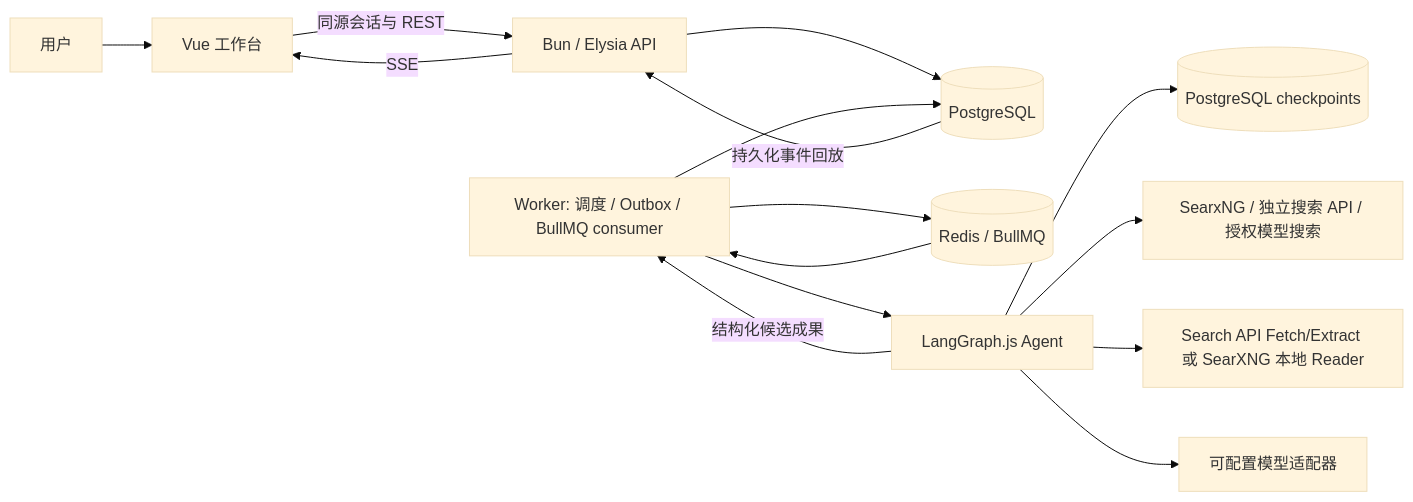
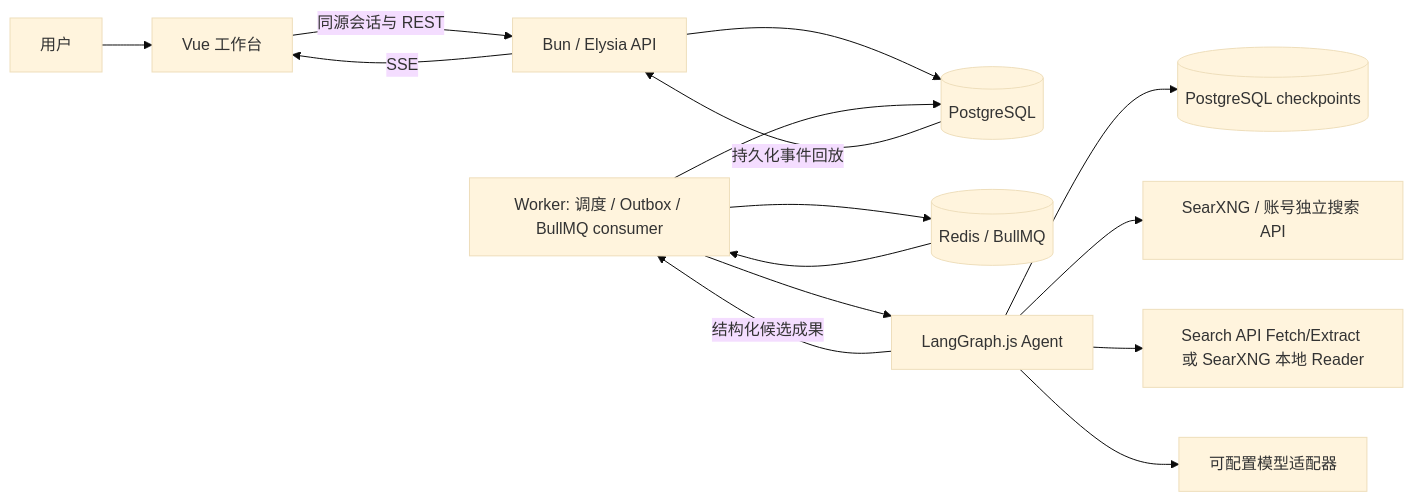
One commit to abcde1239/scova changed the first of 3 diagrams in docs/public/reference/architecture.md. Above: the diagram before and after it, drawn with Mermaid (base theme). The commit also changed other lines of this file and 101 other files, not shown here.

````diff
--- a/docs/public/reference/architecture.md
+++ b/docs/public/reference/architecture.md
@@ -11,17 +11,17 @@
 ```mermaid
 flowchart LR
   User[用户] --> Web[Vue 工作台]
   Web -->|同源会话与 REST| API[Bun / Elysia API]
   API --> PG[(PostgreSQL)]
   PG -->|持久化事件回放| API
   API -->|SSE| Web
   Worker[Worker: 调度 / Outbox / BullMQ consumer] --> PG
   Worker --> Queue[(Redis / BullMQ)]
   Queue --> Worker
   Worker --> Graph[LangGraph.js Agent]
   Graph --> CP[(PostgreSQL checkpoints)]
-  Graph --> Search[SearxNG / 独立搜索 API / 授权模型搜索]
+  Graph --> Search[SearXNG / 账号独立搜索 API]
   Graph --> Reader[Search API Fetch/Extract 或 SearXNG 本地 Reader]
   Graph --> Model[可配置模型适配器]
   Graph -->|结构化候选成果| Worker
 ```
````
